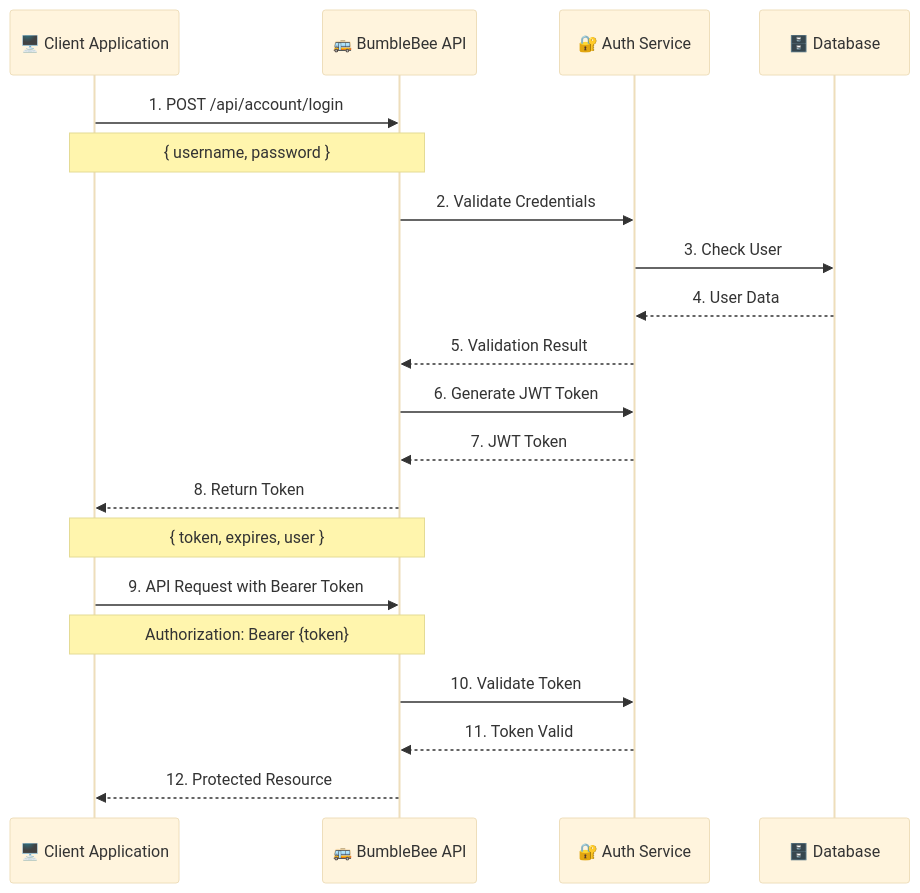
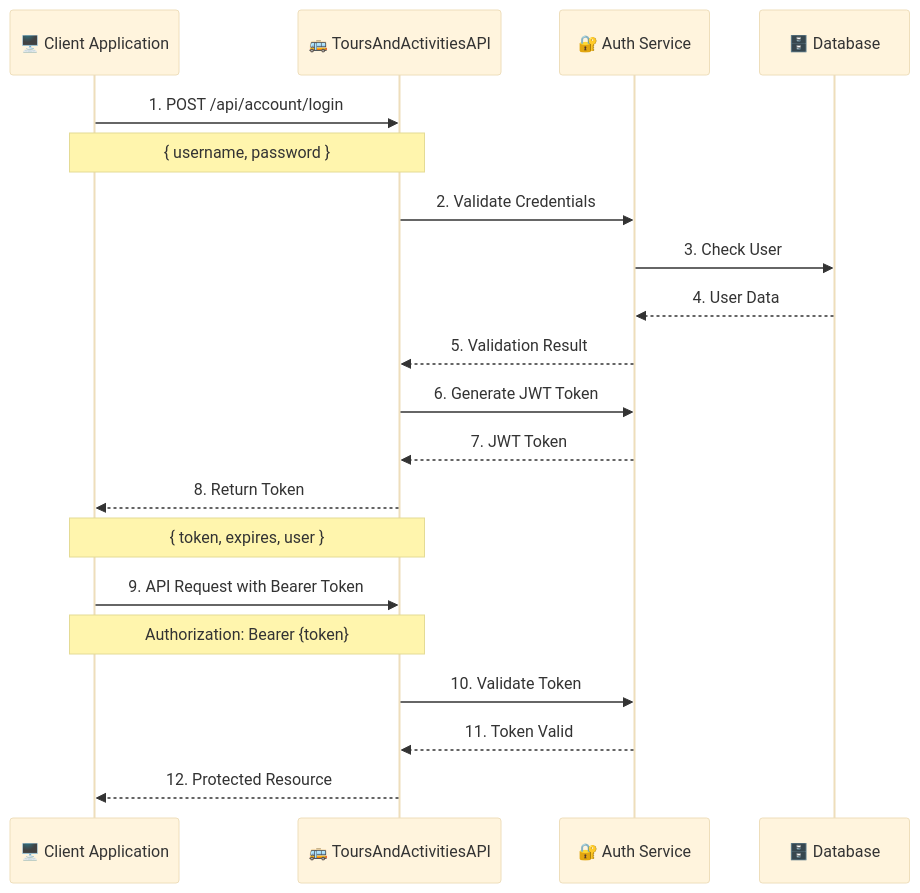
One commit to sandeepkumar0801/ToursAndActivities changed the fourth of 11 diagrams in README.md. Above: the diagram before and after it, drawn with Mermaid (base theme). The commit also changed other lines of this file and 3 other files, not shown here.

````diff
--- a/README.md
+++ b/README.md
@@ -391,26 +390,26 @@
 ```mermaid
 sequenceDiagram
     participant Client as 🖥️ Client Application
-    participant API as 🚌 BumbleBee API
+    participant API as 🚌 ToursAndActivitiesAPI
     participant Auth as 🔐 Auth Service
     participant DB as 🗄️ Database
 
     Client->>API: 1. POST /api/account/login
     Note over Client,API: { username, password }
 
     API->>Auth: 2. Validate Credentials
     Auth->>DB: 3. Check User
     DB-->>Auth: 4. User Data
     Auth-->>API: 5. Validation Result
 
     API->>Auth: 6. Generate JWT Token
     Auth-->>API: 7. JWT Token
     API-->>Client: 8. Return Token
     Note over API,Client: { token, expires, user }
 
     Client->>API: 9. API Request with Bearer Token
     Note over Client,API: Authorization: Bearer {token}
     API->>Auth: 10. Validate Token
     Auth-->>API: 11. Token Valid
     API-->>Client: 12. Protected Resource
 ```
````
